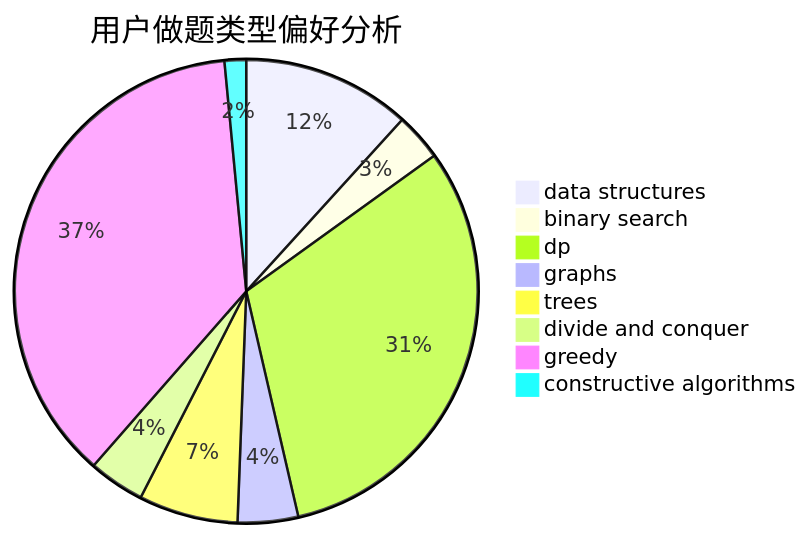
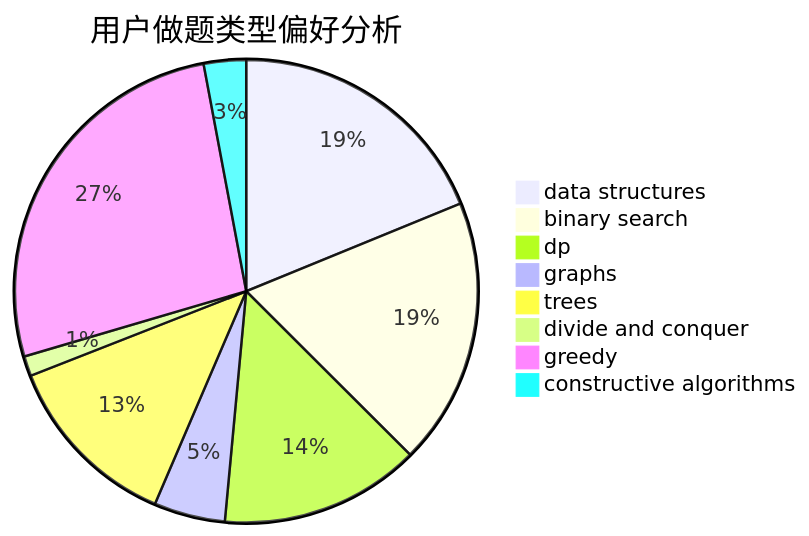
Before and after one commit to sherpahu/cfrs.github.io: the second of 3 diagrams in docs/user/u516.md, drawn with Mermaid. The commit also changed other lines of this file and 2770 other files, not shown here.

````diff
--- a/docs/user/u516.md
+++ b/docs/user/u516.md
@@ -23,11 +23,11 @@
 ```mermaid
 pie title 用户做题类型偏好分析
-    "data structures" :  39
-    "binary search" :  11
-    "dp" :  104
-    "graphs" :  14
-    "trees" :  23
-    "divide and conquer" :  13
-    "greedy" :  123
-    "constructive algorithms" :  5
+    "data structures" :  121
+    "binary search" :  120
+    "dp" :  90
+    "graphs" :  32
+    "trees" :  81
+    "divide and conquer" :  9
+    "greedy" :  171
+    "constructive algorithms" :  19
 ```
````
